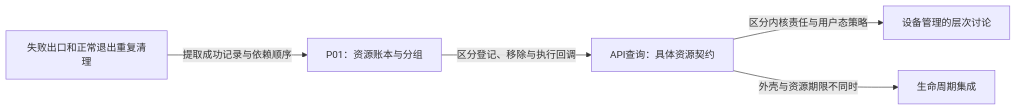
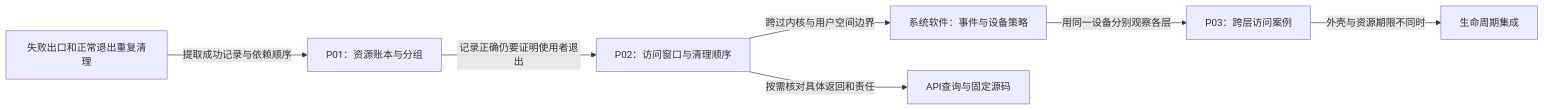
The diagram in knowledge/linux/object_lifetime/devres/大纲.md (FormingSystem/linux_note), drawn with Mermaid before and after one commit. The commit also changed other lines of this file and 15 other files, not shown here.

````diff
--- a/knowledge/linux/object_lifetime/devres/大纲.md
+++ b/knowledge/linux/object_lifetime/devres/大纲.md
@@ -16,7 +16,9 @@
 ```mermaid
 flowchart LR
     A["失败出口和正常退出重复清理"] -->|"提取成功记录与依赖顺序"| B["P01：资源账本与分组"]
-    B -->|"区分登记、移除与执行回调"| C["API查询：具体资源契约"]
-    C -->|"区分内核责任与用户态策略"| D["设备管理的层次讨论"]
-    C -->|"外壳与资源期限不同时"| E["生命周期集成"]
+    B -->|"记录正确仍要证明使用者退出"| C["P02：访问窗口与清理顺序"]
+    C -->|"跨过内核与用户空间边界"| U["系统软件：事件与设备策略"]
+    U -->|"用同一设备分别观察各层"| D["P03：跨层访问案例"]
+    D -->|"外壳与资源期限不同时"| E["生命周期集成"]
+    C -->|"按需核对具体返回和责任"| Q["API查询与固定源码"]
 ```
````
